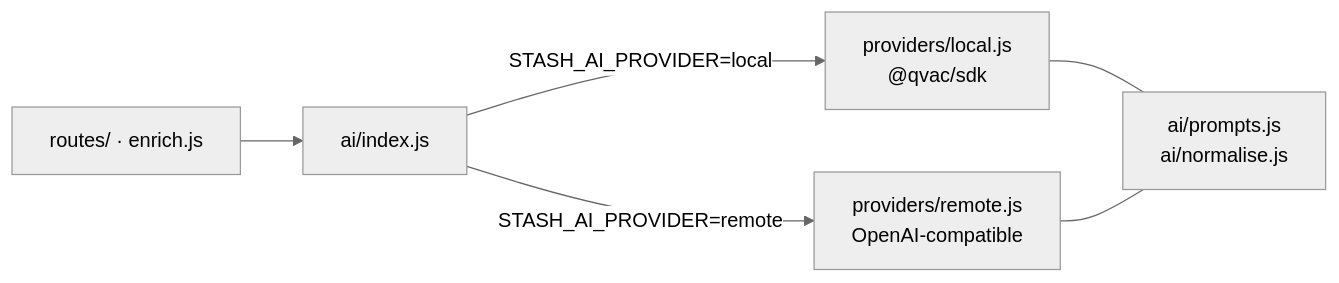
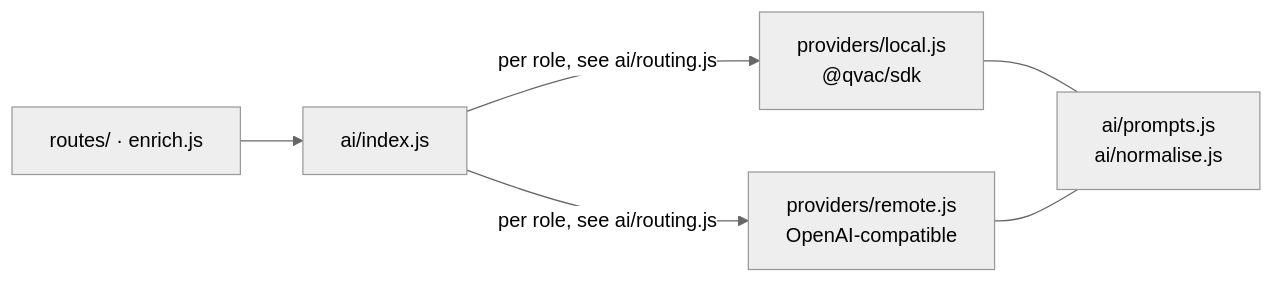
The diagram in docs/models.md (IbrahimTareq/kothai), drawn with Mermaid (neutral theme) before and after one commit. The commit also changed other lines of this file and 1 other file, not shown here.

Commit message:
docs: per-role provider routing

````diff
--- a/docs/models.md
+++ b/docs/models.md
@@ -113,8 +136,8 @@
 ```mermaid
 flowchart LR
   APP["routes/ · enrich.js"] --> F["ai/index.js"]
-  F -->|"STASH_AI_PROVIDER=local"| L["providers/local.js<br/>@qvac/sdk"]
-  F -->|"STASH_AI_PROVIDER=remote"| R["providers/remote.js<br/>OpenAI-compatible"]
+  F -->|"per role, see ai/routing.js"| L["providers/local.js<br/>@qvac/sdk"]
+  F -->|"per role, see ai/routing.js"| R["providers/remote.js<br/>OpenAI-compatible"]
   L --- P["ai/prompts.js<br/>ai/normalise.js"]
   R --- P
 ```
````
